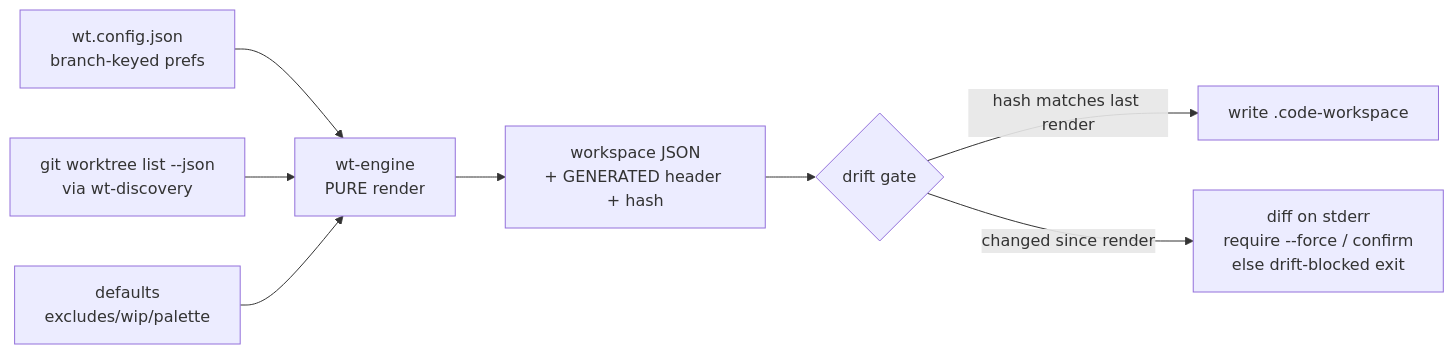
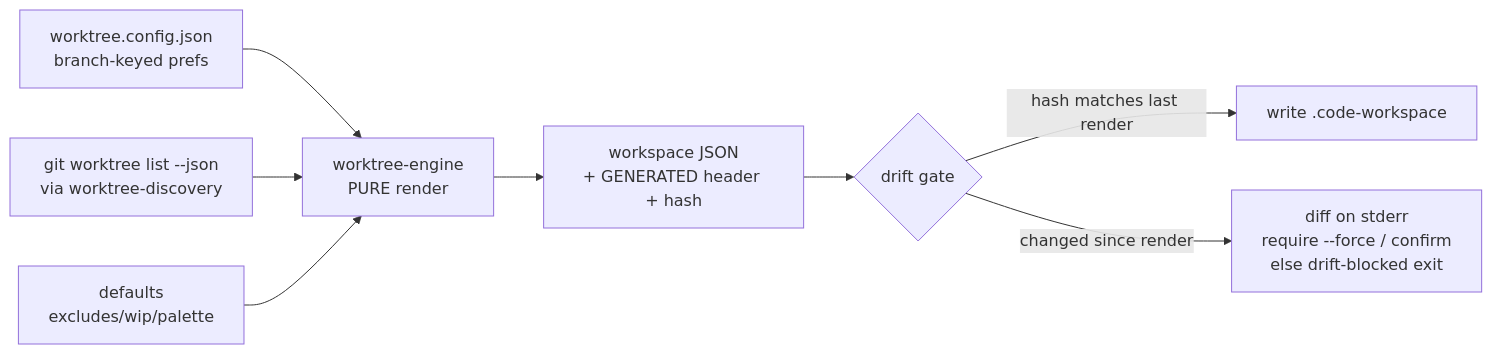
One commit to nathanvale/claude-code-config changed the first of 2 diagrams in docs/plans/2026-06-14-001-feat-wt-worktree-workspace-renderer-plan.md. Above: the diagram before and after it, drawn with Mermaid. The commit also changed other lines of this file and 49 other files, not shown here.

````diff
--- a/docs/plans/2026-06-14-001-feat-wt-worktree-workspace-renderer-plan.md
+++ b/docs/plans/2026-06-14-001-feat-wt-worktree-workspace-renderer-plan.md
@@ -91,10 +91,10 @@
 ```mermaid
 flowchart LR
-  A[wt.config.json<br/>branch-keyed prefs] --> E[wt-engine<br/>PURE render]
-  B[git worktree list --json<br/>via wt-discovery] --> E
+  A[worktree.config.json<br/>branch-keyed prefs] --> E[worktree-engine<br/>PURE render]
+  B[git worktree list --json<br/>via worktree-discovery] --> E
   C[defaults<br/>excludes/wip/palette] --> E
   E --> F[workspace JSON<br/>+ GENERATED header + hash]
   F --> G{drift gate}
   G -->|hash matches last render| W[write .code-workspace]
   G -->|changed since render| D[diff on stderr<br/>require --force / confirm<br/>else drift-blocked exit]
 ```
````
